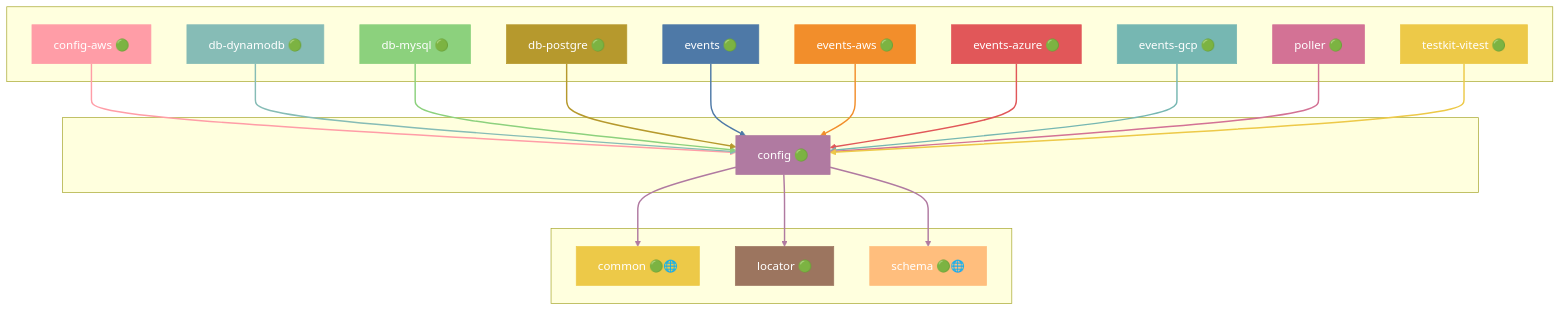
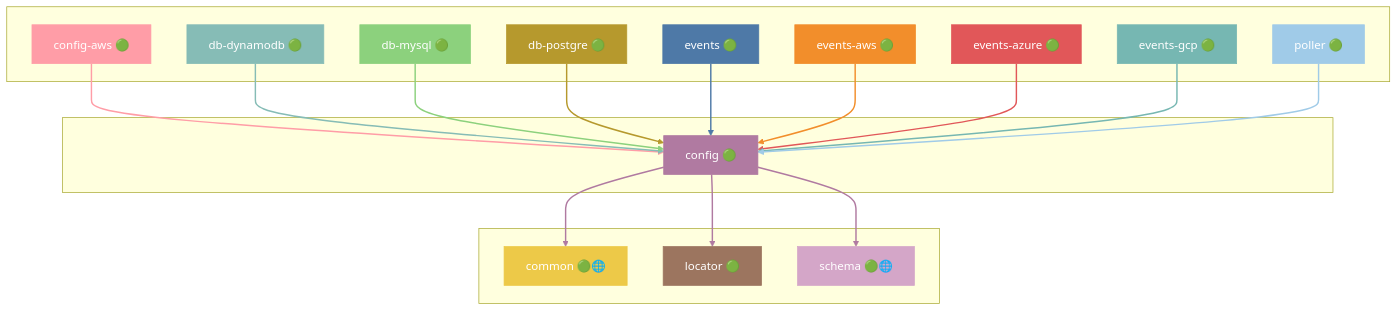
One commit to grest-ts/grest-ts changed the eighth of 47 diagrams in docs/DEPENDENCIES.md. Above: the diagram before and after it, drawn with Mermaid. The commit also changed other lines of this file and 27 other files, not shown here.

````diff
--- a/docs/DEPENDENCIES.md
+++ b/docs/DEPENDENCIES.md
@@ -639,63 +639,59 @@
 ```mermaid
 flowchart TB
     subgraph Dependents[" "]
         config-aws["config-aws 🟢"]
         db-dynamodb["db-dynamodb 🟢"]
         db-mysql["db-mysql 🟢"]
         db-postgre["db-postgre 🟢"]
         events["events 🟢"]
         events-aws["events-aws 🟢"]
         events-azure["events-azure 🟢"]
         events-gcp["events-gcp 🟢"]
         poller["poller 🟢"]
-        testkit-vitest["testkit-vitest 🟢"]
     end
     subgraph Package[" "]
         config["config 🟢"]
     end
     subgraph Dependencies[" "]
         common["common 🟢🌐"]
         locator["locator 🟢"]
         schema["schema 🟢🌐"]
     end
     config-aws --> config
     db-dynamodb --> config
     db-mysql --> config
     db-postgre --> config
     events --> config
     events-aws --> config
     events-azure --> config
     events-gcp --> config
     poller --> config
-    testkit-vitest --> config
     config --> common
     config --> locator
     config --> schema
     style config fill:#B07AA1,stroke:#B07AA1,color:#fff
     style config-aws fill:#FF9DA7,stroke:#FF9DA7,color:#fff
     style db-dynamodb fill:#86BCB6,stroke:#86BCB6,color:#fff
     style db-mysql fill:#8CD17D,stroke:#8CD17D,color:#fff
     style db-postgre fill:#B6992D,stroke:#B6992D,color:#fff
     style events fill:#4E79A7,stroke:#4E79A7,color:#fff
     style events-aws fill:#F28E2B,stroke:#F28E2B,color:#fff
     style events-azure fill:#E15759,stroke:#E15759,color:#fff
     style events-gcp fill:#76B7B2,stroke:#76B7B2,color:#fff
-    style poller fill:#D37295,stroke:#D37295,color:#fff
-    style testkit-vitest fill:#EDC948,stroke:#EDC948,color:#fff
+    style poller fill:#A0CBE8,stroke:#A0CBE8,color:#fff
     style common fill:#EDC948,stroke:#EDC948,color:#fff
     style locator fill:#9C755F,stroke:#9C755F,color:#fff
-    style schema fill:#FFBE7D,stroke:#FFBE7D,color:#fff
+    style schema fill:#D4A6C8,stroke:#D4A6C8,color:#fff
     linkStyle 0 stroke:#FF9DA7,stroke-width:2px
     linkStyle 1 stroke:#86BCB6,stroke-width:2px
     linkStyle 2 stroke:#8CD17D,stroke-width:2px
     linkStyle 3 stroke:#B6992D,stroke-width:2px
     linkStyle 4 stroke:#4E79A7,stroke-width:2px
     linkStyle 5 stroke:#F28E2B,stroke-width:2px
     linkStyle 6 stroke:#E15759,stroke-width:2px
     linkStyle 7 stroke:#76B7B2,stroke-width:2px
-    linkStyle 8 stroke:#D37295,stroke-width:2px
-    linkStyle 9 stroke:#EDC948,stroke-width:2px
+    linkStyle 8 stroke:#A0CBE8,stroke-width:2px
+    linkStyle 9 stroke:#B07AA1,stroke-width:2px
     linkStyle 10 stroke:#B07AA1,stroke-width:2px
     linkStyle 11 stroke:#B07AA1,stroke-width:2px
-    linkStyle 12 stroke:#B07AA1,stroke-width:2px
 ```
````
